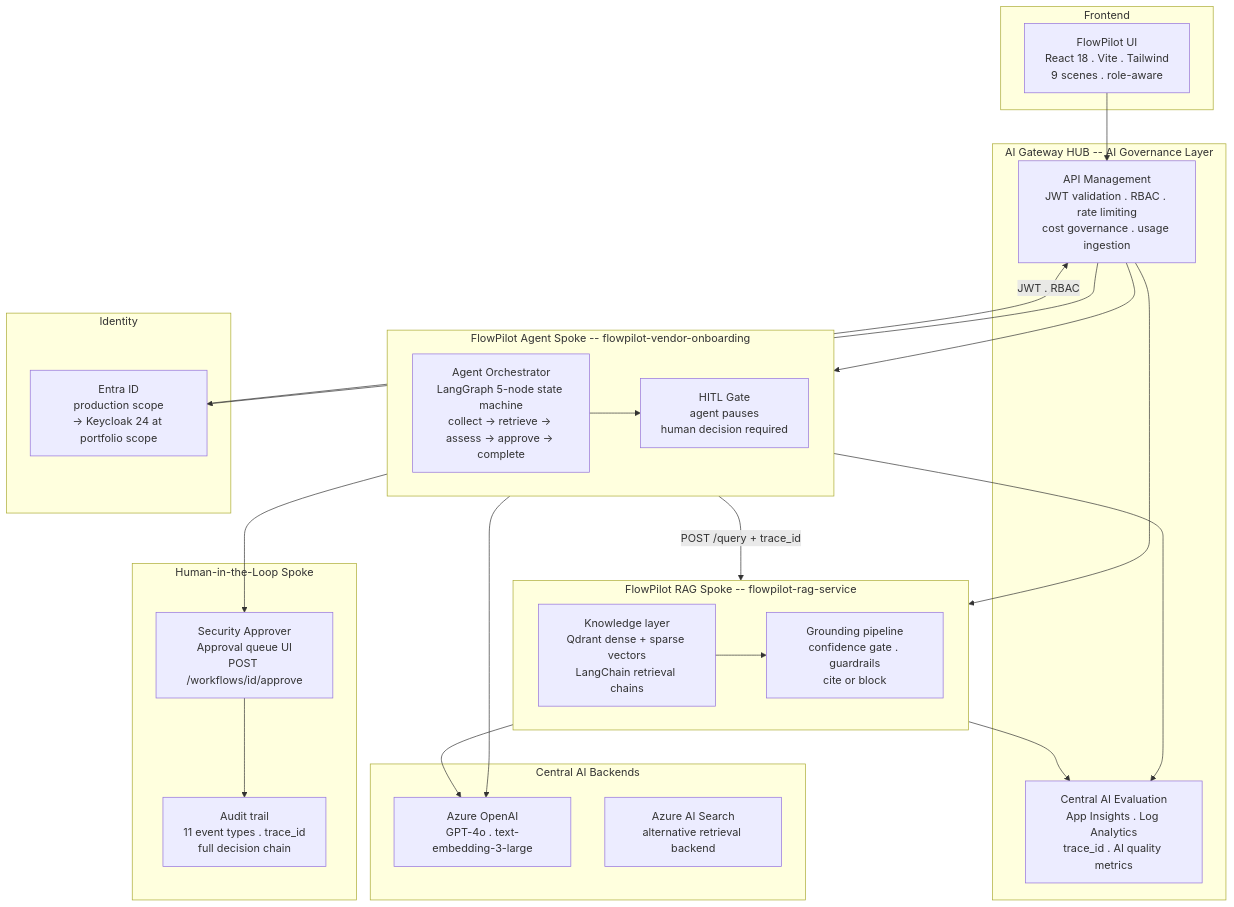
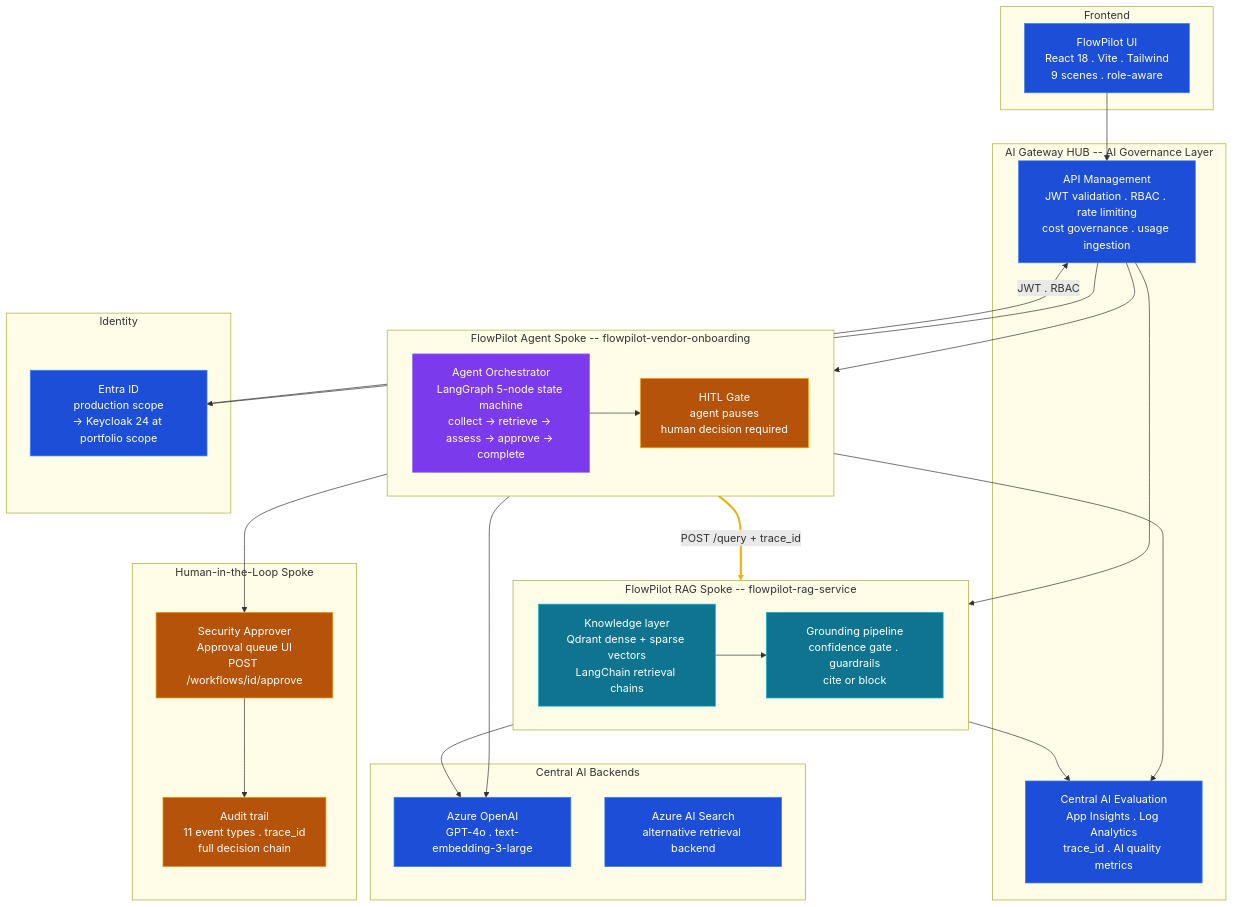
Before and after one commit to nitindra-soekhai/flowpilot-docs: the third of 4 diagrams in README.md, drawn with Mermaid. The commit also changed other lines of this file and 2 other files, not shown here.

Commit message:
docs: governed multi-agent framing, agent renames, README skill added

````diff
--- a/README.md
+++ b/README.md
@@ -307,56 +352,69 @@
 ```mermaid
 graph TD
+ classDef rag fill:#0e7490,stroke:#06b6d4,color:#fff
+ classDef agentic fill:#7c3aed,stroke:#8b5cf6,color:#fff
+ classDef hitl fill:#b45309,stroke:#f59e0b,color:#fff
+ classDef shared fill:#1d4ed8,stroke:#3b82f6,color:#fff
 
  subgraph BACKENDS ["Central AI Backends"]
- OAI["Azure OpenAI\nGPT-4o . text-embedding-3-large"]
- AIS["Azure AI Search\nalternative retrieval backend"]
+ OAI["Azure OpenAI\nGPT-4o . text-embedding-3-large"]:::shared
+ AIS["Azure AI Search\nalternative retrieval backend"]:::shared
  end
 
  subgraph HUB ["AI Gateway HUB -- AI Governance Layer"]
- APIM["API Management\nJWT validation . RBAC . rate limiting\ncost governance . usage ingestion"]
- EVAL["Central AI Evaluation\nApp Insights . Log Analytics\ntrace_id . AI quality metrics"]
+ APIM["API Management\nJWT validation . RBAC . rate limiting\ncost governance . usage ingestion"]:::shared
+ EVAL["Central AI Evaluation\nApp Insights . Log Analytics\ntrace_id . AI quality metrics"]:::shared
  end
 
  subgraph IAM ["Identity"]
- ENTRA["Entra ID\nproduction scope\n-> Keycloak 24 at portfolio scope"]
+ ENTRA["Entra ID\nproduction scope\n-> Keycloak 24 at portfolio scope"]:::shared
  end
 
  subgraph RAG_SPOKE ["FlowPilot RAG Spoke -- flowpilot-rag-service"]
  direction LR
- KNOWLEDGE["Knowledge layer\nQdrant dense + sparse vectors\nLangChain retrieval chains"]
- GROUND["Grounding pipeline\nconfidence gate . guardrails\ncite or block"]
+ KNOWLEDGE["Knowledge layer\nQdrant dense + sparse vectors\nLangChain retrieval chains"]:::rag
+ GROUND["Grounding pipeline\nconfidence gate . guardrails\ncite or block"]:::rag
  KNOWLEDGE --> GROUND
  end
 
  subgraph AGENT_SPOKE ["FlowPilot Agent Spoke -- flowpilot-vendor-onboarding"]
  direction LR
- ORCH["Agent Orchestrator\nLangGraph 5-node state machine\ncollect -> retrieve -> assess -> approve -> complete"]
- HITL_NODE["HITL Gate\nagent pauses\nhuman decision required"]
+ ORCH["Agent Orchestrator\nLangGraph 5-node state machine\ncollect -> retrieve -> assess -> approve -> complete"]:::agentic
+ HITL_NODE["HITL Gate\nagent pauses\nhuman decision required"]:::hitl
  ORCH --> HITL_NODE
  end
 
  subgraph HITL_SPOKE ["Human-in-the-Loop Spoke"]
- APPROVER["Security Approver\nApproval queue UI\nPOST /workflows/id/approve"]
- AUDIT["Audit trail\n11 event types . trace_id\nfull decision chain"]
+ APPROVER["Security Approver\nApproval queue UI\nPOST /workflows/id/approve"]:::hitl
+ AUDIT["Audit trail\n11 event types . trace_id\nfull decision chain"]:::hitl
  end
 
  subgraph FRONTEND ["Frontend"]
- UI["FlowPilot UI\nReact 18 . Vite . Tailwind\n9 scenes . role-aware"]
+ UI["FlowPilot UI\nReact 18 . Vite . Tailwind\n9 scenes . role-aware"]:::shared
  end
 
  UI --> APIM
  APIM --> AGENT_SPOKE
  APIM --> RAG_SPOKE
  APIM --> ENTRA
 
  ORCH -- "POST /query + trace_id" --> GROUND
  ORCH --> OAI
  KNOWLEDGE --> OAI
 
  HITL_NODE --> APPROVER
  APPROVER --> AUDIT
 
  RAG_SPOKE --> EVAL
  AGENT_SPOKE --> EVAL
  ENTRA -- "JWT . RBAC" --> APIM
+
+ style BACKENDS fill:#fffde7,stroke:#aaaa33
+ style HUB fill:#fffde7,stroke:#aaaa33
+ style IAM fill:#fffde7,stroke:#aaaa33
+ style RAG_SPOKE fill:#fffde7,stroke:#aaaa33
+ style AGENT_SPOKE fill:#fffde7,stroke:#aaaa33
+ style HITL_SPOKE fill:#fffde7,stroke:#aaaa33
+ style FRONTEND fill:#fffde7,stroke:#aaaa33
+ linkStyle 6 stroke:#eab308,stroke-width:3px
 ```
````
